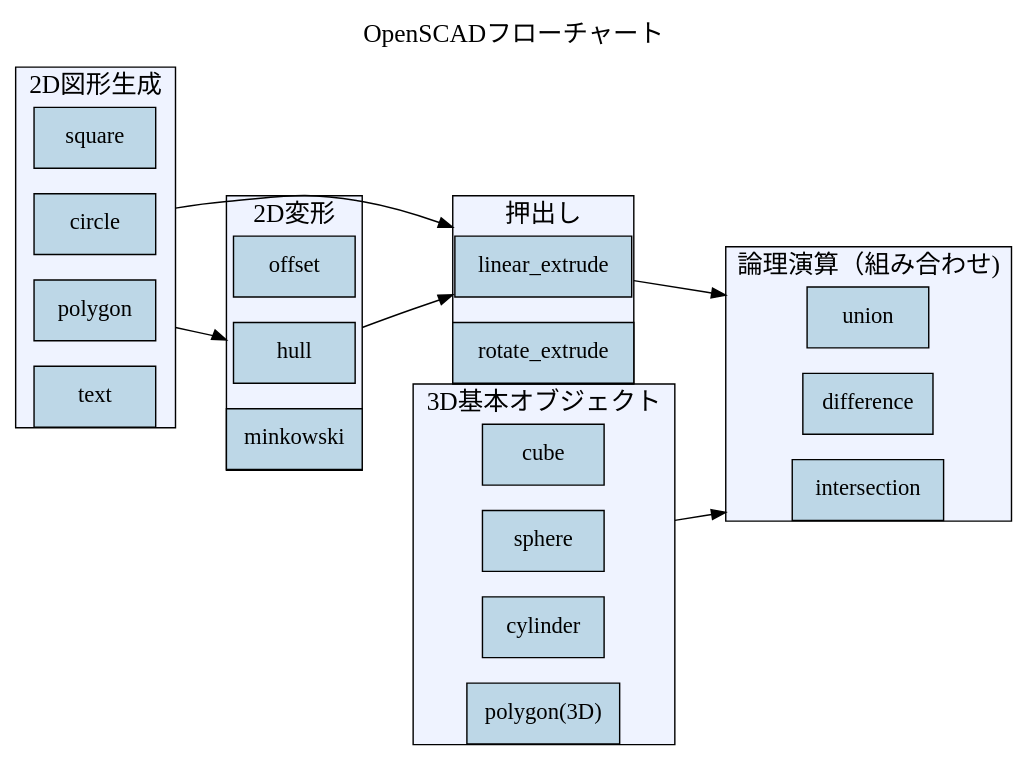
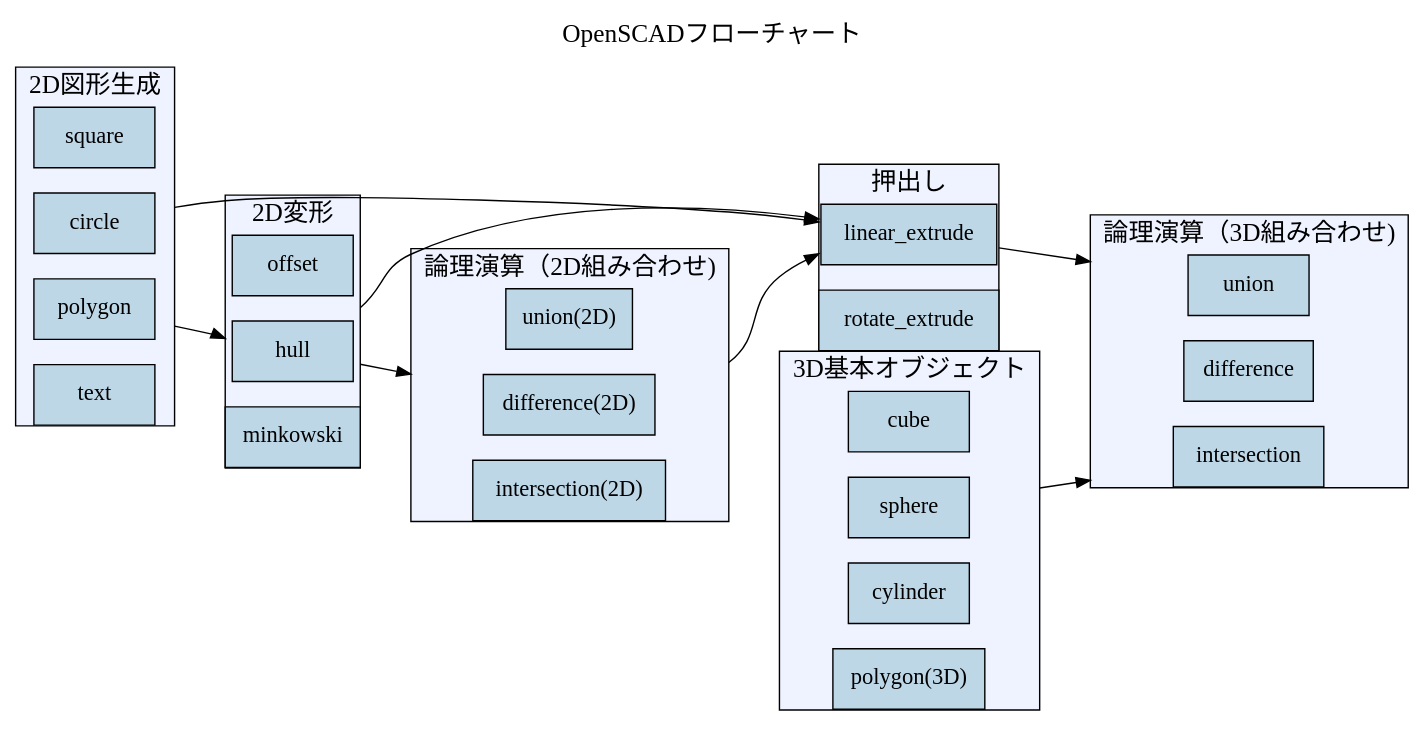
One commit to FabResearch-KyushuUniv/digifab17_openscad changed the diagram in docs/img/flowchart.dot. Above: the diagram before and after it, drawn with Graphviz. The commit also changed 1 other file, not shown here.

```diff
--- a/docs/img/flowchart.dot
+++ b/docs/img/flowchart.dot
@@ -1,81 +1,93 @@
 digraph g{
   graph[
   label="OpenSCADフローチャート",
   layout = dot,
   charset = "UTF-8",
    labelloc = "t",
    labeljust = "c",
    bgcolor = "#ffffff",
    fontcolor = black,
    fontsize = 18,
    style = "filled",
    rankdir = "LR",
    margin = 0.2,
    fontname = "Hiragino Kaku Gothic",
   compound = true
   ];
 
   node [
      style = "solid,filled",
      fontsize = 16,
      fontname = "Hiragino Kaku Gothic",
      height = 0.6,
      width = 1.2,
      shape=box,
      fillcolor="/blues5/1"
    ];
 
   subgraph cluster1{
   margin = 0.2;
   label= "2D図形生成";
   bgcolor="/blues5/1";
   node[fillcolor="/blues5/2"];
 
     "square";
     "circle";
     "polygon";
     "text"
   };
   subgraph cluster2{
   margin = 0.2;
   bgcolor="/blues5/1";
   node[fillcolor="/blues5/2"];
   label="3D基本オブジェクト";
   "cube";
   "sphere";
   "cylinder";
   "polygon(3D)";
   }
   subgraph cluster3{
   margin = 0.2;
   bgcolor="/blues5/1";
   node[fillcolor="/blues5/2"];
   label="押出し";
   "linear_extrude";
   "rotate_extrude";
   }
 
   subgraph cluster4{
   margin = 0.2;
   bgcolor="/blues5/1";
   node[fillcolor="/blues5/2"];
   label="2D変形";
   "offset";
   "hull";
   "minkowski"
   }
   subgraph cluster5{
   margin = 0.2;
   bgcolor="/blues5/1";
   node[fillcolor="/blues5/2"];
-label="論理演算（組み合わせ)";
+label="論理演算（3D組み合わせ)";
 union;
 difference;
 intersection;
 }
+subgraph cluster6{
+margin = 0.2;
+bgcolor="/blues5/1";
+node[fillcolor="/blues5/2"];
+label="論理演算（2D組み合わせ)";
+"union(2D)";
+"difference(2D)";
+"intersection(2D)";
+}
 circle -> linear_extrude[ltail=cluster1, lhead=cluster3];
 polygon -> hull[lhead=cluster4,ltail=cluster1];
-hull -> linear_extrude[ltail=cluster4, lhead=cluster3];
+hull ->linear_extrude[ltail=cluster4, lhead=cluster3];
+hull ->"difference(2D)"[ltail=cluster4, lhead=cluster6];
+"difference(2D)" ->linear_extrude[ltail=cluster6, lhead=cluster3];
+
   sphere-> intersection[lhead=cluster5,ltail=cluster2];
   linear_extrude -> union[lhead=cluster5,ltail=cluster3];
 }
```
